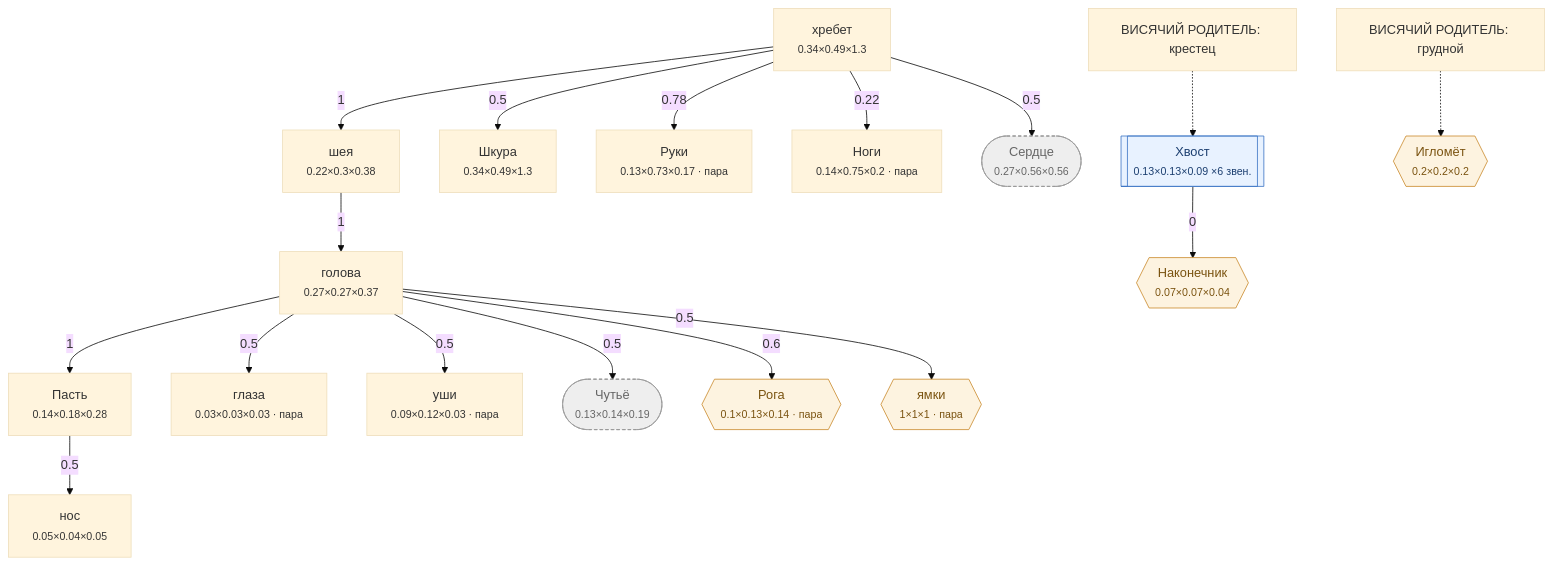
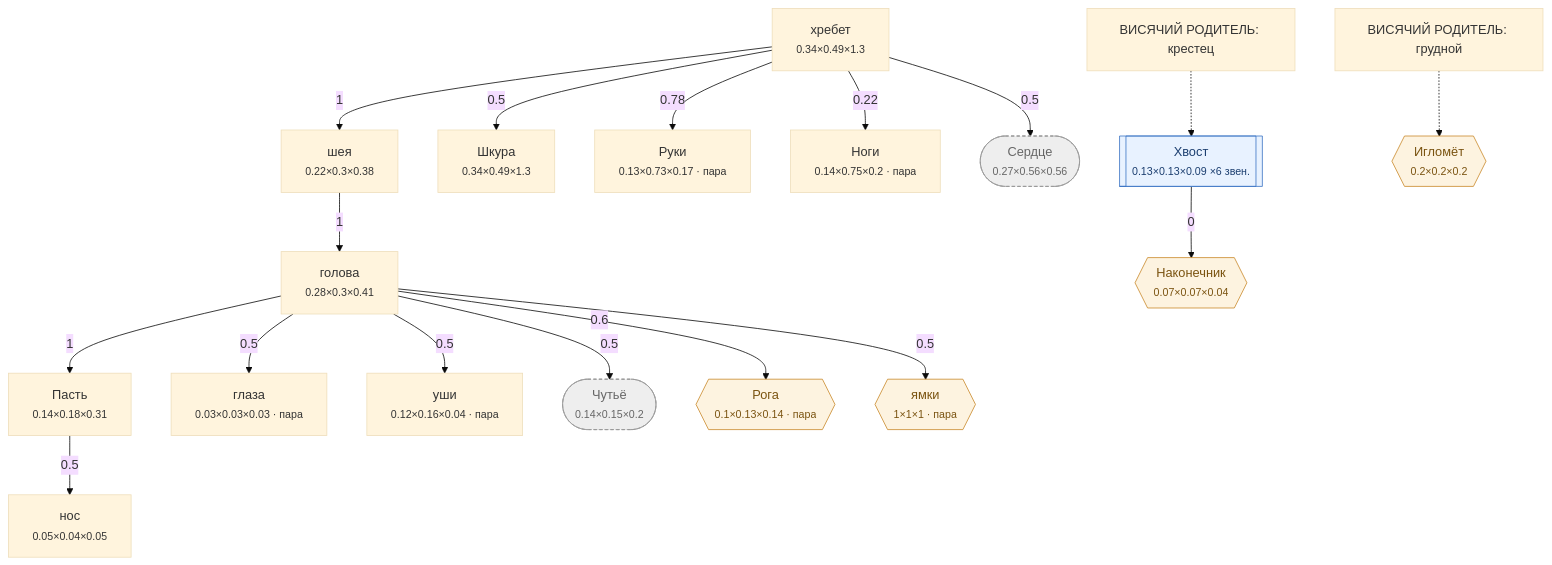
The diagram in Docs/Диаграммы/Волк.md (darklordshish/ChimeraEvolution-2026-06-26_15-29-59), drawn with Mermaid (base theme) before and after one commit. The commit also changed other lines of this file and 16 other files, not shown here.

````diff
--- a/Docs/Диаграммы/Волк.md
+++ b/Docs/Диаграммы/Волк.md
@@ -45,44 +61,44 @@
 ```mermaid
 flowchart TD
     n0["хребет<br/><small>0.34×0.49×1.3</small>"]
     n1["нос<br/><small>0.05×0.04×0.05</small>"]
-    n2["голова<br/><small>0.27×0.27×0.37</small>"]
-    n3["Пасть<br/><small>0.14×0.18×0.28</small>"]
+    n2["голова<br/><small>0.28×0.3×0.41</small>"]
+    n3["Пасть<br/><small>0.14×0.18×0.31</small>"]
     n4["глаза<br/><small>0.03×0.03×0.03 · пара</small>"]
-    n5["уши<br/><small>0.09×0.12×0.03 · пара</small>"]
+    n5["уши<br/><small>0.12×0.16×0.04 · пара</small>"]
     n6["шея<br/><small>0.22×0.3×0.38</small>"]
     n7["Шкура<br/><small>0.34×0.49×1.3</small>"]
     n8["Руки<br/><small>0.13×0.73×0.17 · пара</small>"]
     n9["Ноги<br/><small>0.14×0.75×0.2 · пара</small>"]
     n10[["Хвост<br/><small>0.13×0.13×0.09 ×6 звен.</small>"]]
     n11(["Сердце<br/><small>0.27×0.56×0.56</small>"])
-    n12(["Чутьё<br/><small>0.13×0.14×0.19</small>"])
+    n12(["Чутьё<br/><small>0.14×0.15×0.2</small>"])
     n13{{"Рога<br/><small>0.1×0.13×0.14 · пара</small>"}}
     n14{{"Наконечник<br/><small>0.07×0.07×0.04</small>"}}
     n15{{"Игломёт<br/><small>0.2×0.2×0.2</small>"}}
     n16{{"ямки<br/><small>1×1×1 · пара</small>"}}
 
     n3 -->|0.5| n1
     n6 -->|1| n2
     n2 -->|1| n3
     n2 -->|0.5| n4
     n2 -->|0.5| n5
     n0 -->|1| n6
     n0 -->|0.5| n7
     n0 -->|0.78| n8
     n0 -->|0.22| n9
     broken_n10["ВИСЯЧИЙ РОДИТЕЛЬ: крестец"] -.-> n10
     n0 -->|0.5| n11
     n2 -->|0.5| n12
     n2 -->|0.6| n13
     n10 -->|0| n14
     broken_n15["ВИСЯЧИЙ РОДИТЕЛЬ: грудной"] -.-> n15
     n2 -->|0.5| n16
 
     classDef hid fill:#eee,stroke:#999,stroke-dasharray:4 3,color:#666
     classDef gr fill:#fdf3e0,stroke:#c98a2b,color:#7a5310
     classDef ch fill:#e8f2ff,stroke:#3b74c4,color:#1c3f70
     class n11,n12 hid
     class n13,n14,n15,n16 gr
     class n10 ch
 ```
````
